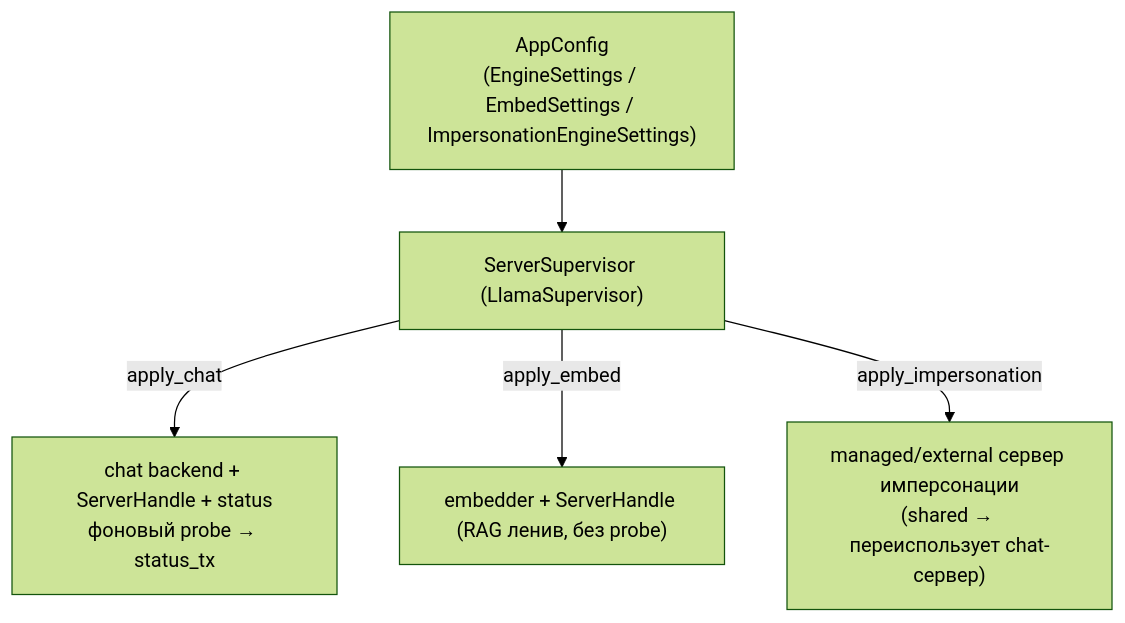
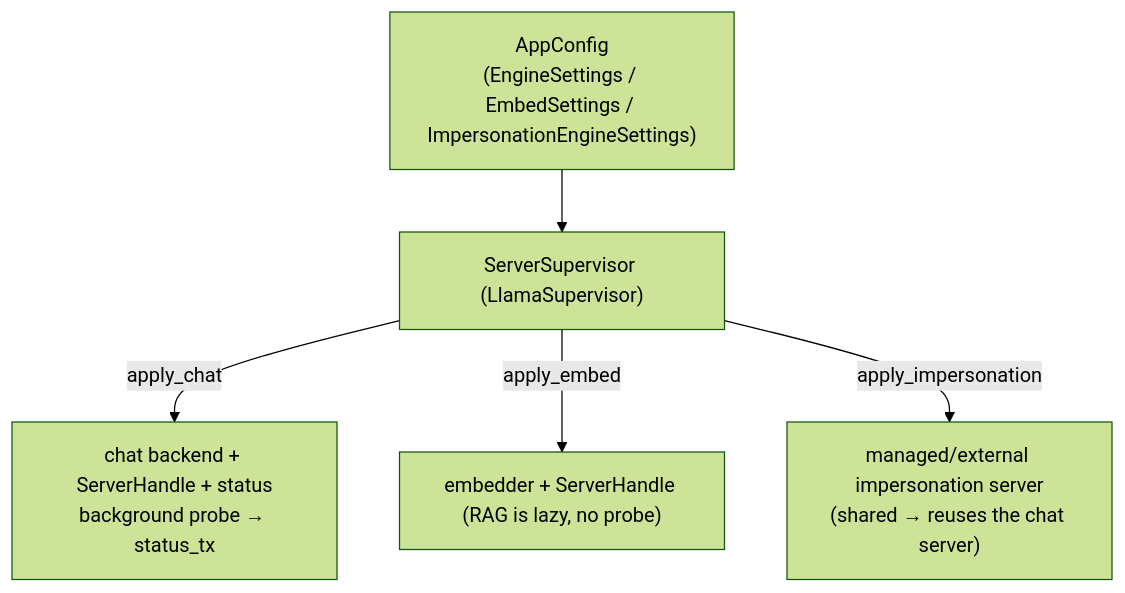
One commit to vshylov/mindfork-rs changed the seventh of 17 diagrams in docs/architecture.md. Above: the diagram before and after it, drawn with Mermaid (forest theme). The commit also changed other lines of this file and 18 other files, not shown here.

````diff
--- a/docs/architecture.md
+++ b/docs/architecture.md
@@ -690,9 +722,9 @@
 ```mermaid
 flowchart TB
     CFG["AppConfig<br/>(EngineSettings / EmbedSettings / ImpersonationEngineSettings)"]
     SUP["ServerSupervisor (LlamaSupervisor)"]
     CFG --> SUP
-    SUP -->|apply_chat| CHAT["chat backend + ServerHandle + status<br/>фоновый probe → status_tx"]
-    SUP -->|apply_embed| EMB["embedder + ServerHandle (RAG ленив, без probe)"]
-    SUP -->|apply_impersonation| IMP["managed/external сервер имперсонации<br/>(shared → переиспользует chat-сервер)"]
+    SUP -->|apply_chat| CHAT["chat backend + ServerHandle + status<br/>background probe → status_tx"]
+    SUP -->|apply_embed| EMB["embedder + ServerHandle (RAG is lazy, no probe)"]
+    SUP -->|apply_impersonation| IMP["managed/external impersonation server<br/>(shared → reuses the chat server)"]
 ```
````
